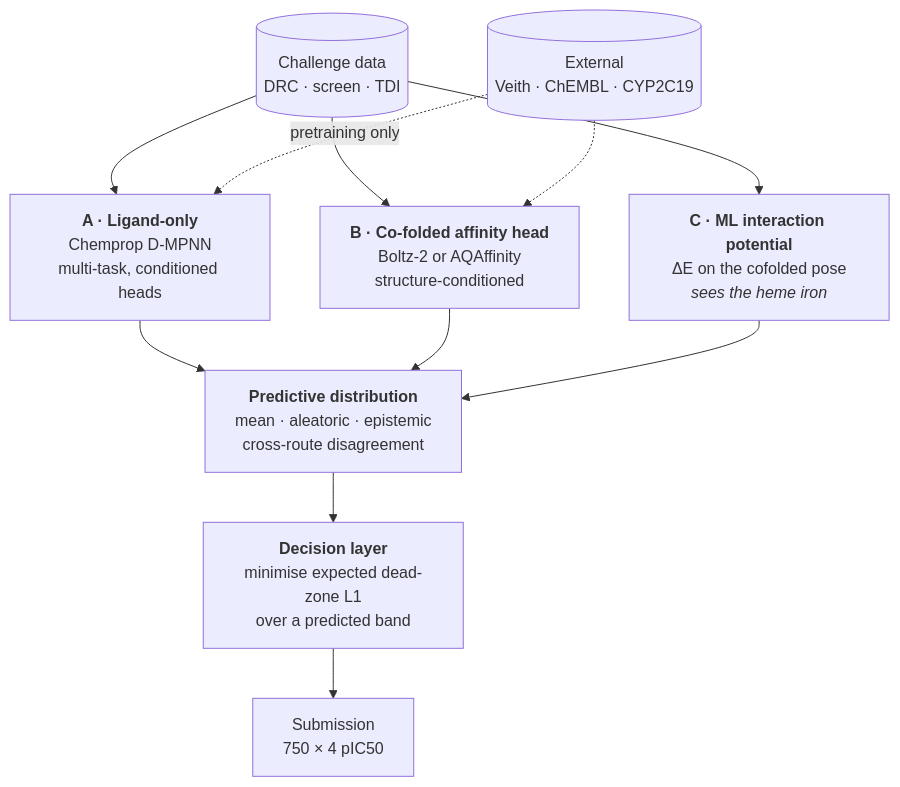
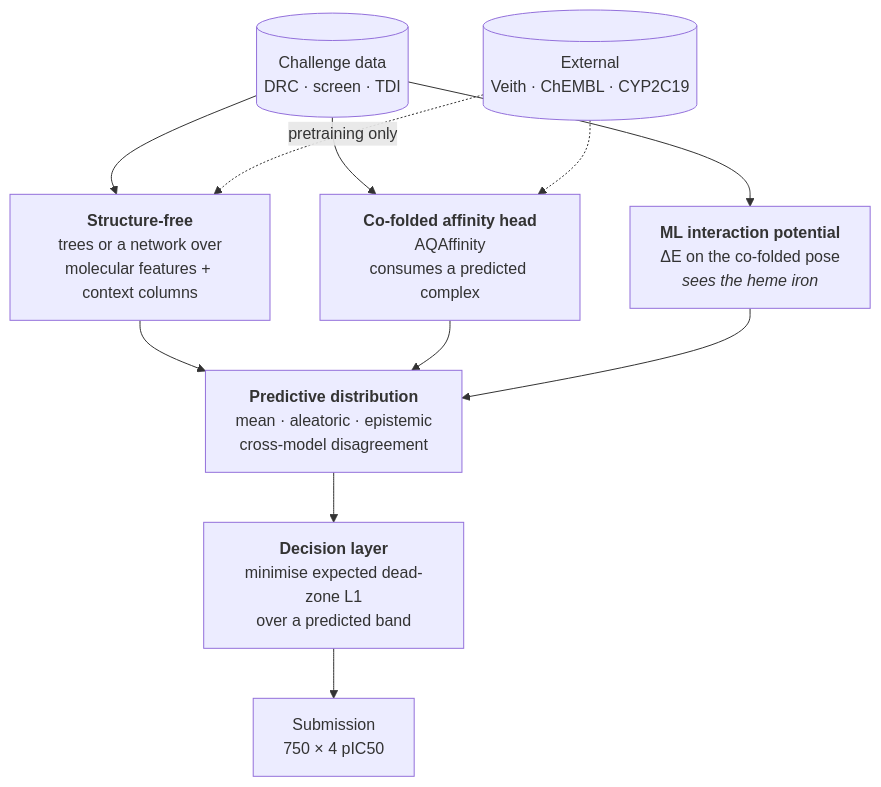
Before and after one commit to SimonCrouzet/CYP-Shift: the diagram in README.md, drawn with Mermaid. The commit also changed other lines of this file, not shown here.

Commit message:
Use plain model names in the README and add a glossary

````diff
--- a/README.md
+++ b/README.md
@@ -91,19 +91,19 @@
 ```mermaid
 flowchart TD
     D[("Challenge data<br/>DRC · screen · TDI")] --> A
     D --> B
     D --> C
     X[("External<br/>Veith · ChEMBL · CYP2C19")] -.pretraining only.-> A
     X -.-> B
 
-    A["<b>A · Ligand-only</b><br/>Chemprop D-MPNN<br/>multi-task, conditioned heads"]
-    B["<b>B · Co-folded affinity head</b><br/>Boltz-2 or AQAffinity<br/>structure-conditioned"]
-    C["<b>C · ML interaction potential</b><br/>ΔE on the cofolded pose<br/><i>sees the heme iron</i>"]
+    A["<b>Structure-free</b><br/>trees or a network over<br/>molecular features + context columns"]
+    B["<b>Co-folded affinity head</b><br/>AQAffinity<br/>consumes a predicted complex"]
+    C["<b>ML interaction potential</b><br/>ΔE on the co-folded pose<br/><i>sees the heme iron</i>"]
 
     A --> P
     B --> P
     C --> P
-    P["<b>Predictive distribution</b><br/>mean · aleatoric · epistemic<br/>cross-route disagreement"]
+    P["<b>Predictive distribution</b><br/>mean · aleatoric · epistemic<br/>cross-model disagreement"]
     P --> Q["<b>Decision layer</b><br/>minimise expected dead-zone L1<br/>over a predicted band"]
     Q --> S["Submission<br/>750 × 4 pIC50"]
 ```
````
